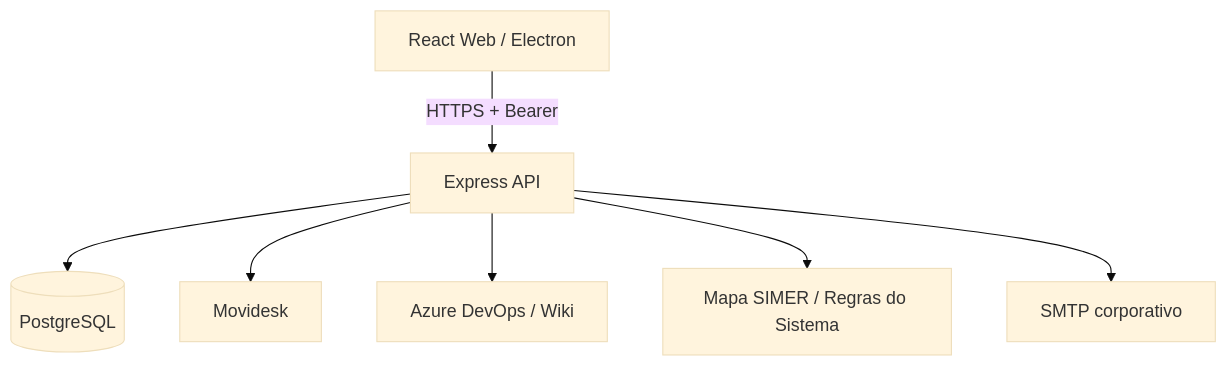
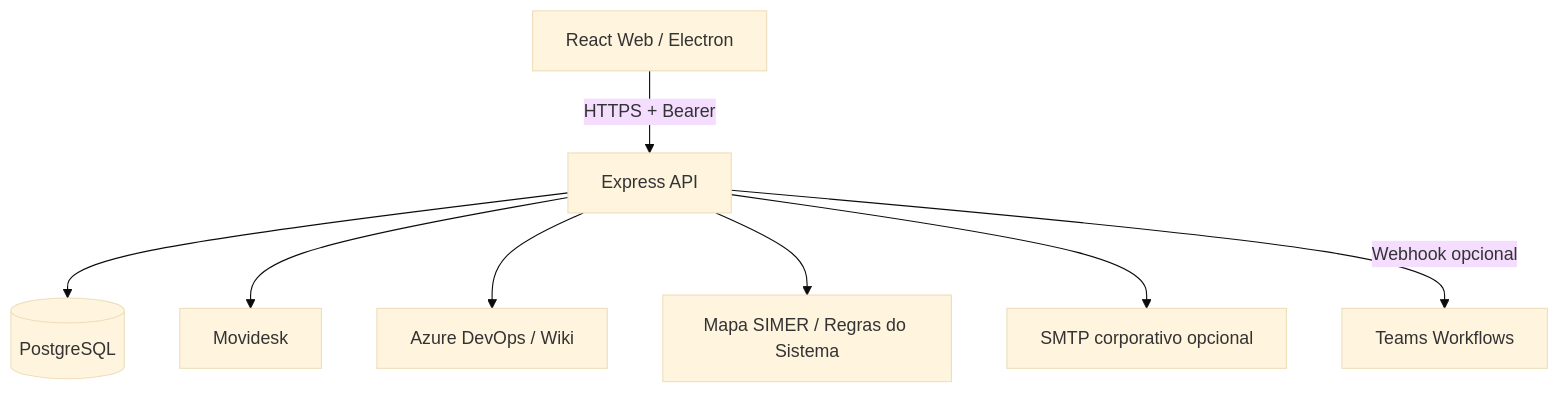
One commit to Taysonrv/techlead-hub changed the diagram in docs/02-Arquitetura.md. Above: the diagram before and after it, drawn with Mermaid (base theme). The commit also changed other lines of this file and 100 other files, not shown here.

````diff
--- a/docs/02-Arquitetura.md
+++ b/docs/02-Arquitetura.md
@@ -5,9 +5,10 @@
 ```mermaid
 flowchart TD
   UI[React Web / Electron] -->|HTTPS + Bearer| API[Express API]
   API --> DB[(PostgreSQL)]
   API --> MOV[Movidesk]
   API --> AZ[Azure DevOps / Wiki]
   API --> MAP[Mapa SIMER / Regras do Sistema]
-  API --> SMTP[SMTP corporativo]
+  API --> SMTP[SMTP corporativo opcional]
+  API -->|Webhook opcional| TEAMS[Teams Workflows]
 ```
````
